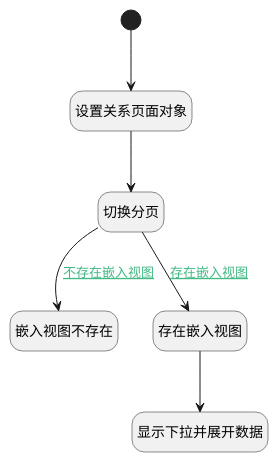
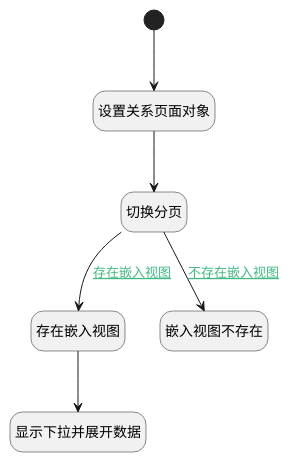
The diagram in doc/docsify/module/ProdMgmt/idea/uilogic/toolbar_link_test_case.md (iBizLab/plm), drawn with PlantUML before and after one commit. The commit also changed other lines of this file and 1276 other files, not shown here.

````diff
--- a/doc/docsify/module/ProdMgmt/idea/uilogic/toolbar_link_test_case.md
+++ b/doc/docsify/module/ProdMgmt/idea/uilogic/toolbar_link_test_case.md
@@ -7,27 +7,27 @@
 ```plantuml
 @startuml
 hide footbox
 <style>
 root {
   HyperlinkColor #42b983
 }
 </style>
 
 hide empty description
 state "开始" as Begin <<start>> [[$./toolbar_link_test_case#begin {开始}]]
+state "存在嵌入视图" as PREPAREJSPARAM1  [[$./toolbar_link_test_case#preparejsparam1 {存在嵌入视图}]]
+state "嵌入视图不存在" as RAWJSCODE2  [[$./toolbar_link_test_case#rawjscode2 {嵌入视图不存在}]]
+state "切换分页" as RAWJSCODE1  [[$./toolbar_link_test_case#rawjscode1 {切换分页}]]
 state "显示下拉并展开数据" as DEUIACTION1  [[$./toolbar_link_test_case#deuiaction1 {显示下拉并展开数据}]]
 state "设置关系页面对象" as PREPAREJSPARAM2  [[$./toolbar_link_test_case#preparejsparam2 {设置关系页面对象}]]
-state "嵌入视图不存在" as RAWJSCODE2  [[$./toolbar_link_test_case#rawjscode2 {嵌入视图不存在}]]
-state "存在嵌入视图" as PREPAREJSPARAM1  [[$./toolbar_link_test_case#preparejsparam1 {存在嵌入视图}]]
-state "切换分页" as RAWJSCODE1  [[$./toolbar_link_test_case#rawjscode1 {切换分页}]]
 
 
 Begin --> PREPAREJSPARAM2
 PREPAREJSPARAM2 --> RAWJSCODE1
 RAWJSCODE1 --> PREPAREJSPARAM1 : [[$./toolbar_link_test_case#rawjscode1-preparejsparam1{存在嵌入视图} 存在嵌入视图]]
 PREPAREJSPARAM1 --> DEUIACTION1
 RAWJSCODE1 --> RAWJSCODE2 : [[$./toolbar_link_test_case#rawjscode1-rawjscode2{不存在嵌入视图} 不存在嵌入视图]]
 
 
 @enduml
 ```
````
